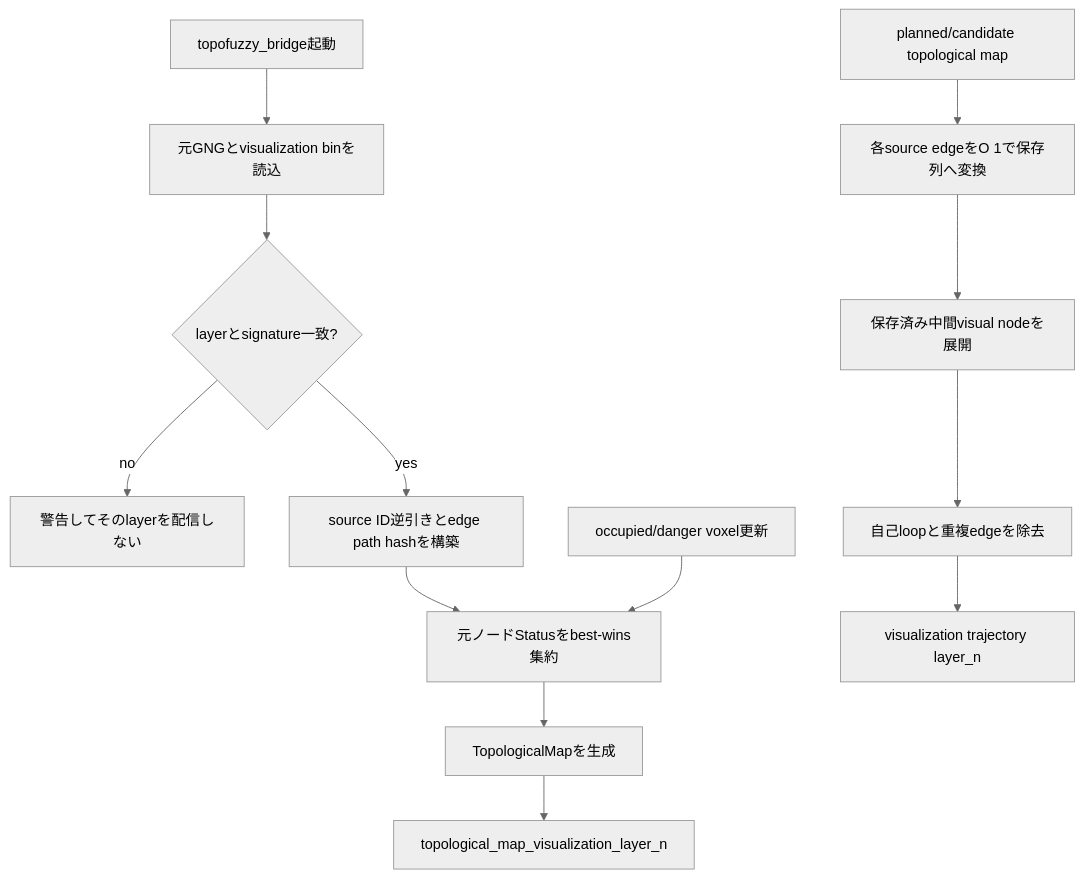
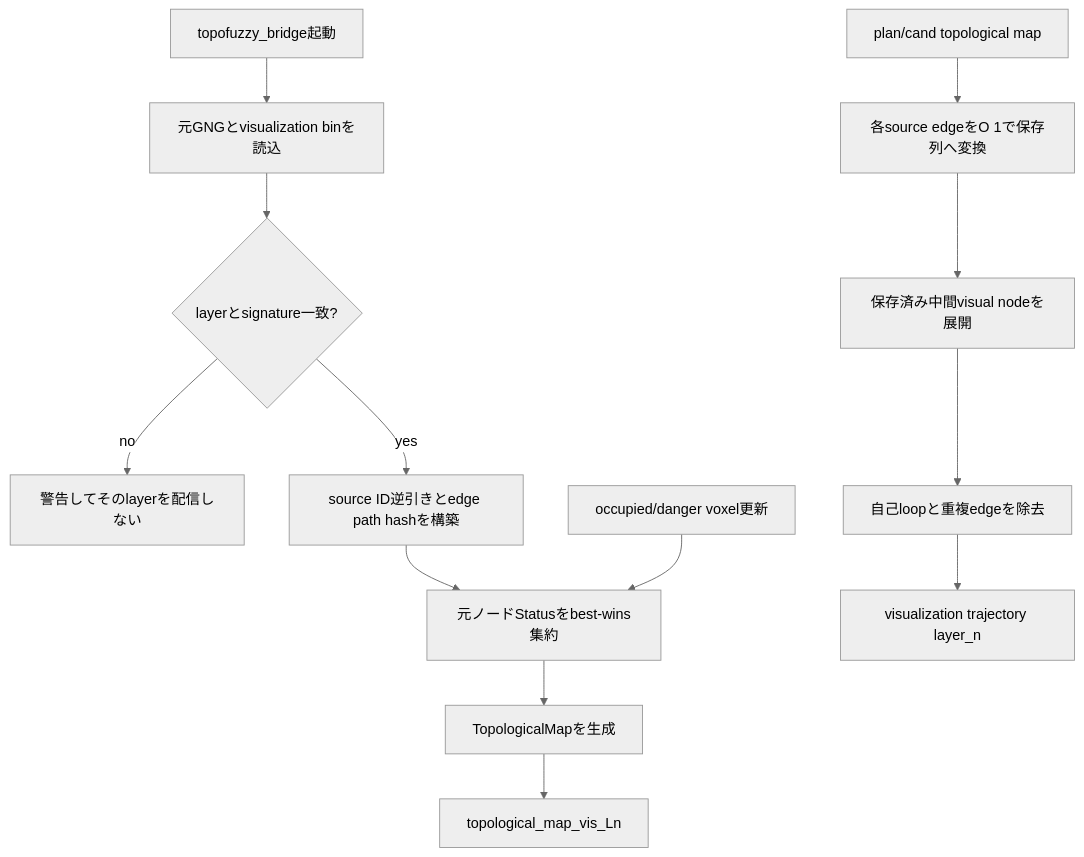
One commit to uraki-UH/arm_avoidance changed the seventh of 7 diagrams in gng_vlut_system/docs/TECHNICAL_SPEC.md. Above: the diagram before and after it, drawn with Mermaid (neutral theme). The commit also changed other lines of this file and 1 other file, not shown here.

Commit message:
fix: Update topic names from 'planned_topological_map' to 'plan_topological_map' and 'candidate_topological_map' to 'cand_topological_map'

````diff
--- a/gng_vlut_system/docs/TECHNICAL_SPEC.md
+++ b/gng_vlut_system/docs/TECHNICAL_SPEC.md
@@ -563,15 +568,15 @@
 ```mermaid
 flowchart TD
     A[topofuzzy_bridge起動] --> B[元GNGとvisualization binを読込]
     B --> C{layerとsignature一致?}
     C -- no --> D[警告してそのlayerを配信しない]
     C -- yes --> E[source ID逆引きとedge path hashを構築]
     E --> F[元ノードStatusをbest-wins集約]
     F --> G[TopologicalMapを生成]
-    G --> H[topological_map_visualization_layer_n]
+    G --> H[topological_map_vis_Ln]
     I[occupied/danger voxel更新] --> F
-    J[planned/candidate topological map] --> K[各source edgeをO 1で保存列へ変換]
+    J[plan/cand topological map] --> K[各source edgeをO 1で保存列へ変換]
     K --> L[保存済み中間visual nodeを展開]
     L --> M[自己loopと重複edgeを除去]
     M --> N[visualization trajectory layer_n]
 ```
````
